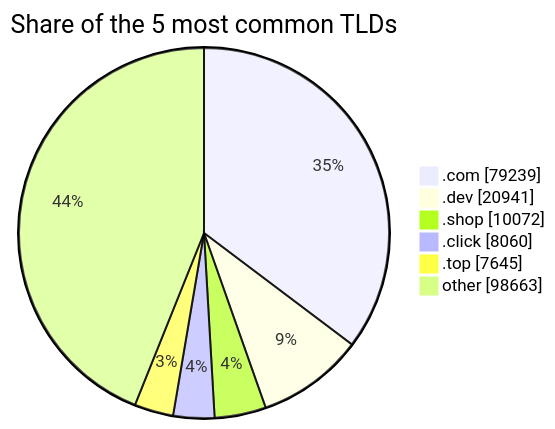
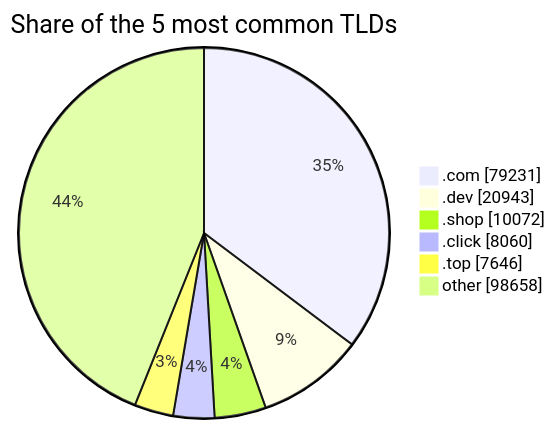
Before and after one commit to DNSBunker/CTI: the third of 3 diagrams in README.md, drawn with Mermaid. The commit also changed other lines of this file and 3 other files, not shown here.

````diff
--- a/README.md
+++ b/README.md
@@ -81,9 +81,9 @@
 ```mermaid
 pie showData title Share of the 5 most common TLDs
-    ".com" : 79239
-    ".dev" : 20941
+    ".com" : 79231
+    ".dev" : 20943
     ".shop" : 10072
     ".click" : 8060
-    ".top" : 7645
-    "other" : 98663
+    ".top" : 7646
+    "other" : 98658
 ```
````
